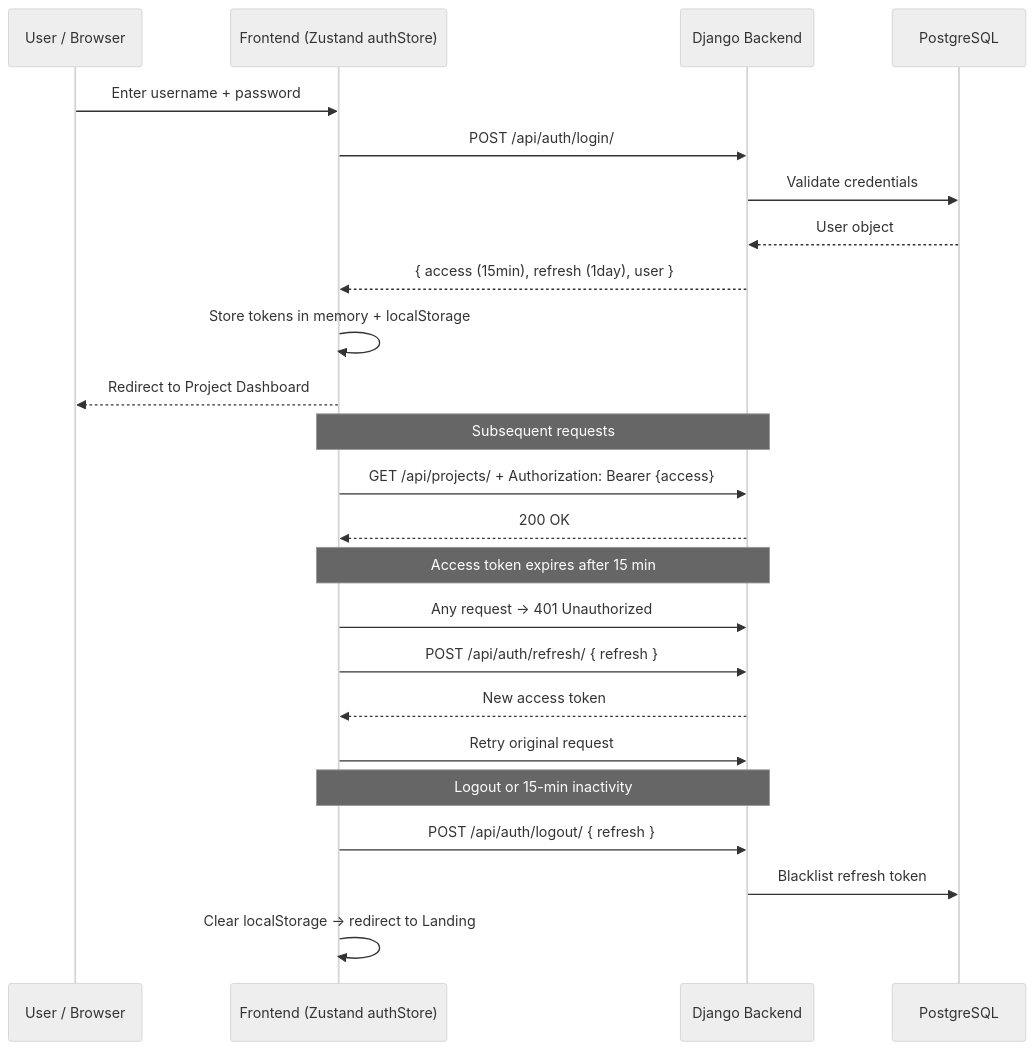
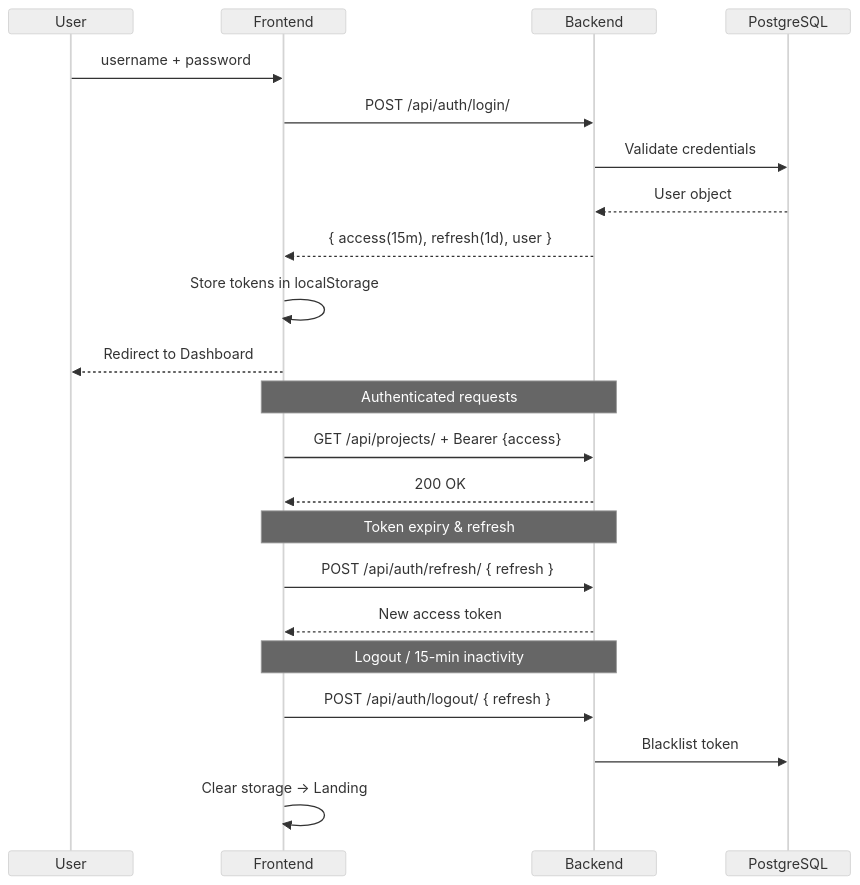
The third of 6 diagrams in README.md (msyafach/tp_doc_ai_agent_revised), drawn with Mermaid before and after one commit. The commit also changed other lines of this file, not shown here.

Commit message:
docs: compact AI Pipeline and Auth diagrams to fit A3 page
- AI Pipeline: switch graph TD → LR, font 18px → 11px, tighter spacing
- Auth sequence: font 18px → 11px, remove redundant steps, shorter labels
Both diagrams now fit on a single A3 landscape page.

````diff
--- a/README.md
+++ b/README.md
@@ -435,31 +435,29 @@
 ```mermaid
-%%{init: {"theme": "neutral", "themeVariables": {"fontSize": "18px"}, "flowchart": {"nodeSpacing": 60, "rankSpacing": 80}}}%%
+%%{init: {"theme": "neutral", "themeVariables": {"fontSize": "11px"}, "sequence": {"width": 140, "height": 28, "noteMargin": 8, "messageMargin": 30}}}%%
 sequenceDiagram
-    participant U as User / Browser
-    participant F as Frontend (Zustand authStore)
-    participant B as Django Backend
+    participant U as User
+    participant F as Frontend
+    participant B as Backend
     participant DB as PostgreSQL
 
-    U->>F: Enter username + password
+    U->>F: username + password
     F->>B: POST /api/auth/login/
     B->>DB: Validate credentials
     DB-->>B: User object
-    B-->>F: { access (15min), refresh (1day), user }
-    F->>F: Store tokens in memory + localStorage
-    F-->>U: Redirect to Project Dashboard
+    B-->>F: { access(15m), refresh(1d), user }
+    F->>F: Store tokens in localStorage
+    F-->>U: Redirect to Dashboard
 
-    Note over F,B: Subsequent requests
-    F->>B: GET /api/projects/ + Authorization: Bearer {access}
+    Note over F,B: Authenticated requests
+    F->>B: GET /api/projects/ + Bearer {access}
     B-->>F: 200 OK
 
-    Note over F,B: Access token expires after 15 min
-    F->>B: Any request → 401 Unauthorized
+    Note over F,B: Token expiry & refresh
     F->>B: POST /api/auth/refresh/ { refresh }
     B-->>F: New access token
-    F->>B: Retry original request
 
-    Note over F,B: Logout or 15-min inactivity
+    Note over F,B: Logout / 15-min inactivity
     F->>B: POST /api/auth/logout/ { refresh }
-    B->>DB: Blacklist refresh token
-    F->>F: Clear localStorage → redirect to Landing
+    B->>DB: Blacklist token
+    F->>F: Clear storage → Landing
 ```
````
